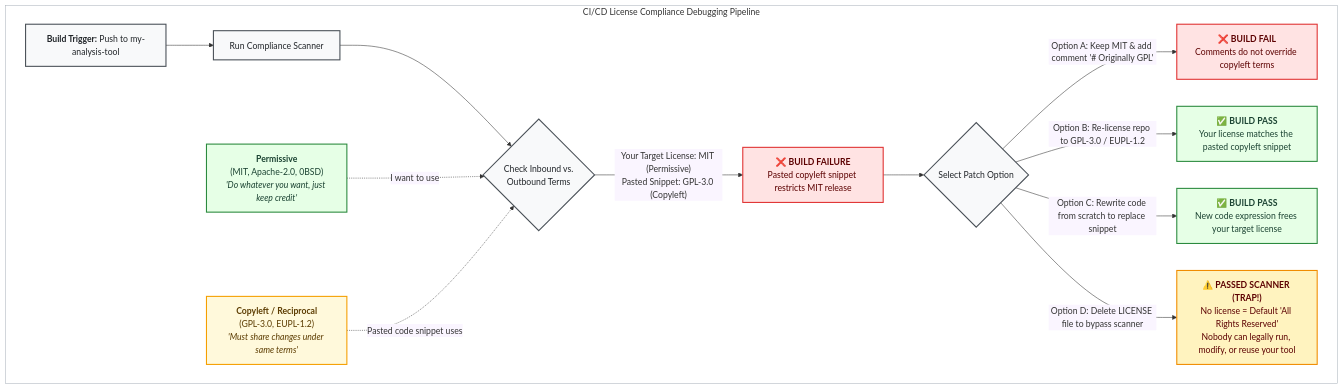
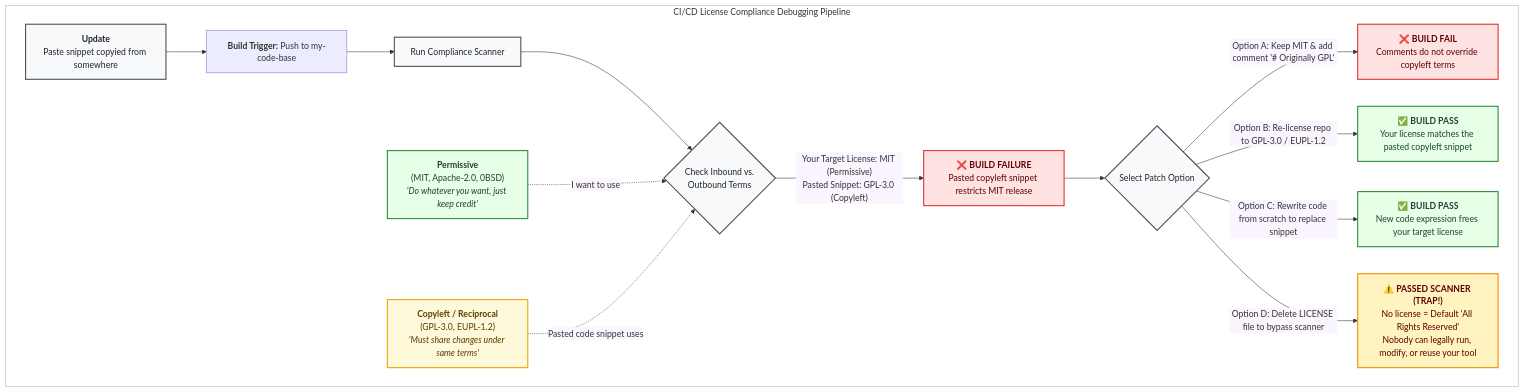
One commit to coderefinery/social-coding changed the second of 3 diagrams in content/software-licensing.md. Above: the diagram before and after it, drawn with Mermaid. The commit also changed other lines of this file, not shown here.

````diff
--- a/content/software-licensing.md
+++ b/content/software-licensing.md
@@ -122,39 +121,39 @@
 ```{mermaid}
 %%{init: {'themeVariables': { 'edgeLabelBackground': '#faf5ff' }}}%%
 flowchart TB
 
     subgraph box["CI/CD License Compliance Debugging Pipeline"]
-        A["<b>Build Trigger:</b> Push to my-analysis-tool"] --> B["Run Compliance Scanner"]
+        A[<b>Update</b><br/>Paste snippet copyied from somewhere ] --> A2["<b>Build Trigger:</b>Push to my-code-base"]
+        A2["<b>Build Trigger:</b> Push to my-code-base"] --> B["Run Compliance Scanner"]
         B --> C{"Check Inbound vs.<br/>Outbound Terms"}
         
         C -->|"Your Target License: MIT (Permissive)<br/>Pasted Snippet: GPL-3.0 (Copyleft)"| D["❌ <b>BUILD FAILURE</b><br/>Pasted copyleft snippet restricts MIT release"]
         
         D --> E{"Select Patch Option"}
         
         E -->|"Option A: Keep MIT & add comment '# Originally GPL'"| F["❌ <b>BUILD FAIL</b><br/>Comments do not override copyleft terms"]
         E -->|"Option B: Re-license repo to GPL-3.0 / EUPL-1.2"| G["✅ <b>BUILD PASS</b><br/>Your license matches the pasted copyleft snippet"]
         E -->|"Option C: Rewrite code from scratch to replace snippet"| H["✅ <b>BUILD PASS</b><br/>New code expression frees your target license"]
         E -->|"Option D: Delete LICENSE file to bypass scanner"| I["⚠️ <b>PASSED SCANNER (TRAP!)</b><br/>No license = Default 'All Rights Reserved'<br/>Nobody can legally run, modify, or reuse your tool"]
 
         P["<b>Permissive</b><br/>(MIT, Apache-2.0, 0BSD)<br/><i>'Do whatever you want, just keep credit'</i>"]
         CL["<b>Copyleft / Reciprocal</b><br/>(GPL-3.0, EUPL-1.2)<br/><i>'Must share changes under same terms'</i>"]
     end
 
     P -.->|"I want to use"| C
     CL -.->|"Pasted code snippet uses"| C
 
     classDef pass fill:#e6ffe6,stroke:#2b8a3e,stroke-width:2px,color:#1b4332;
     classDef copyleft fill:#fff9db,stroke:#f59f00,stroke-width:2px,color:#5c3c00;
     classDef fail fill:#ffe3e3,stroke:#e03131,stroke-width:2px,color:#5c0000;
     classDef warning fill:#fff3bf,stroke:#f08c00,stroke-width:2px,color:#5c0000;
     classDef neutral fill:#f8f9fa,stroke:#495057,stroke-width:2px,color:#212529;
     classDef box_fill fill:#ffffff,stroke:#adb5bd,stroke-width:1px;
 
     class P,G,H pass;
     class CL copyleft;
     class D,F fail;
     class I warning;
     class A,B,C,E neutral;
     class box box_fill;
-
 ```
````
